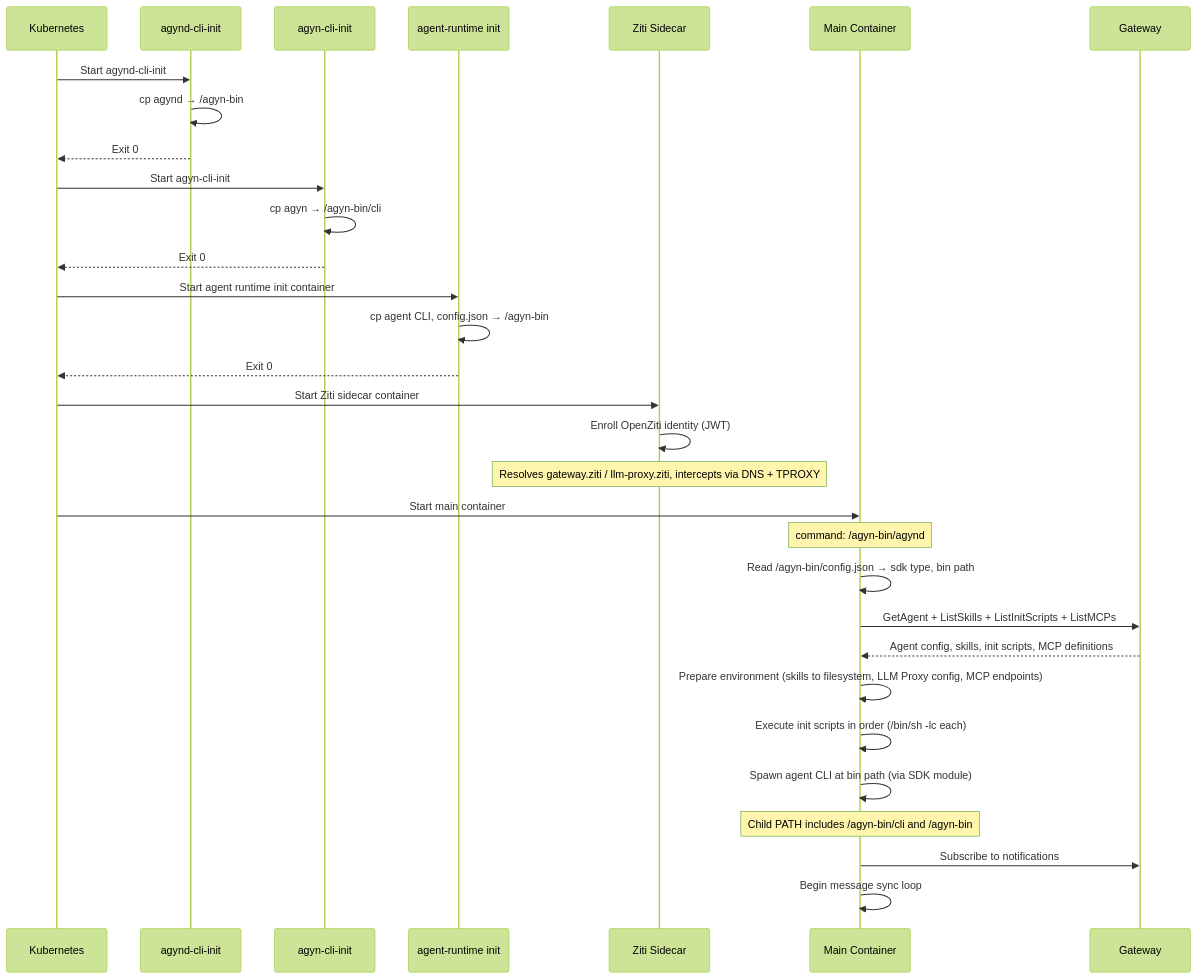
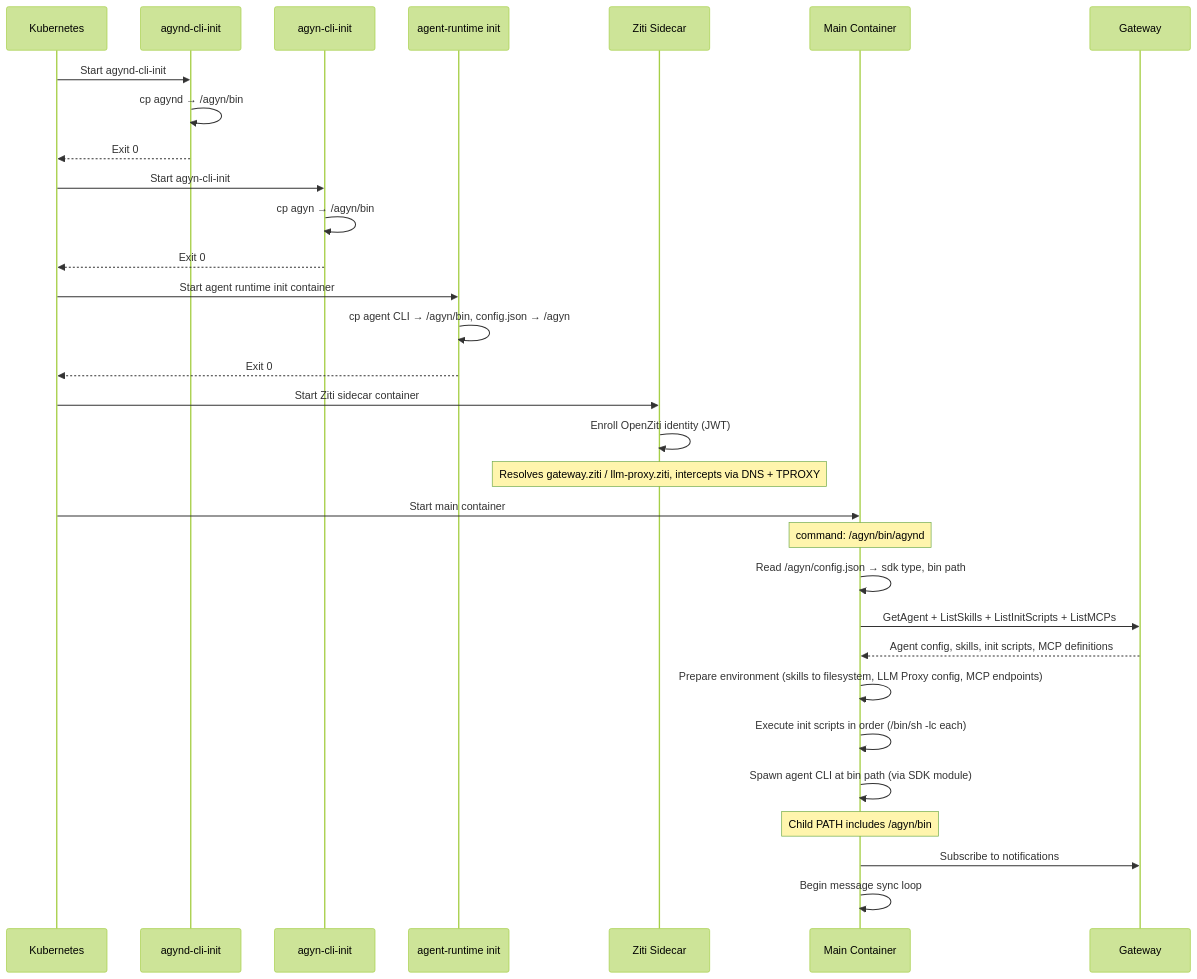
The second of 2 diagrams in architecture/agent-init.md (agynio/architecture), drawn with Mermaid (forest theme) before and after one commit. The commit also changed other lines of this file and 8 other files, not shown here.

````diff
--- a/architecture/agent-init.md
+++ b/architecture/agent-init.md
@@ -142,39 +154,39 @@
 ```mermaid
 sequenceDiagram
     participant K as Kubernetes
     participant AD as agynd-cli-init
     participant AC as agyn-cli-init
     participant AR as agent-runtime init
     participant ZS as Ziti Sidecar
     participant MC as Main Container
     participant GW as Gateway
 
     K->>AD: Start agynd-cli-init
-    AD->>AD: cp agynd → /agyn-bin
+    AD->>AD: cp agynd → /agyn/bin
     AD-->>K: Exit 0
 
     K->>AC: Start agyn-cli-init
-    AC->>AC: cp agyn → /agyn-bin/cli
+    AC->>AC: cp agyn → /agyn/bin
     AC-->>K: Exit 0
 
     K->>AR: Start agent runtime init container
-    AR->>AR: cp agent CLI, config.json → /agyn-bin
+    AR->>AR: cp agent CLI → /agyn/bin, config.json → /agyn
     AR-->>K: Exit 0
 
     K->>ZS: Start Ziti sidecar container
     ZS->>ZS: Enroll OpenZiti identity (JWT)
     Note over ZS: Resolves gateway.ziti / llm-proxy.ziti, intercepts via DNS + TPROXY
 
     K->>MC: Start main container
-    Note over MC: command: /agyn-bin/agynd
+    Note over MC: command: /agyn/bin/agynd
 
-    MC->>MC: Read /agyn-bin/config.json → sdk type, bin path
+    MC->>MC: Read /agyn/config.json → sdk type, bin path
     MC->>GW: GetAgent + ListSkills + ListInitScripts + ListMCPs
     GW-->>MC: Agent config, skills, init scripts, MCP definitions
     MC->>MC: Prepare environment (skills to filesystem, LLM Proxy config, MCP endpoints)
     MC->>MC: Execute init scripts in order (/bin/sh -lc each)
     MC->>MC: Spawn agent CLI at bin path (via SDK module)
-    Note over MC: Child PATH includes /agyn-bin/cli and /agyn-bin
+    Note over MC: Child PATH includes /agyn/bin
     MC->>GW: Subscribe to notifications
     MC->>MC: Begin message sync loop
 ```
````
